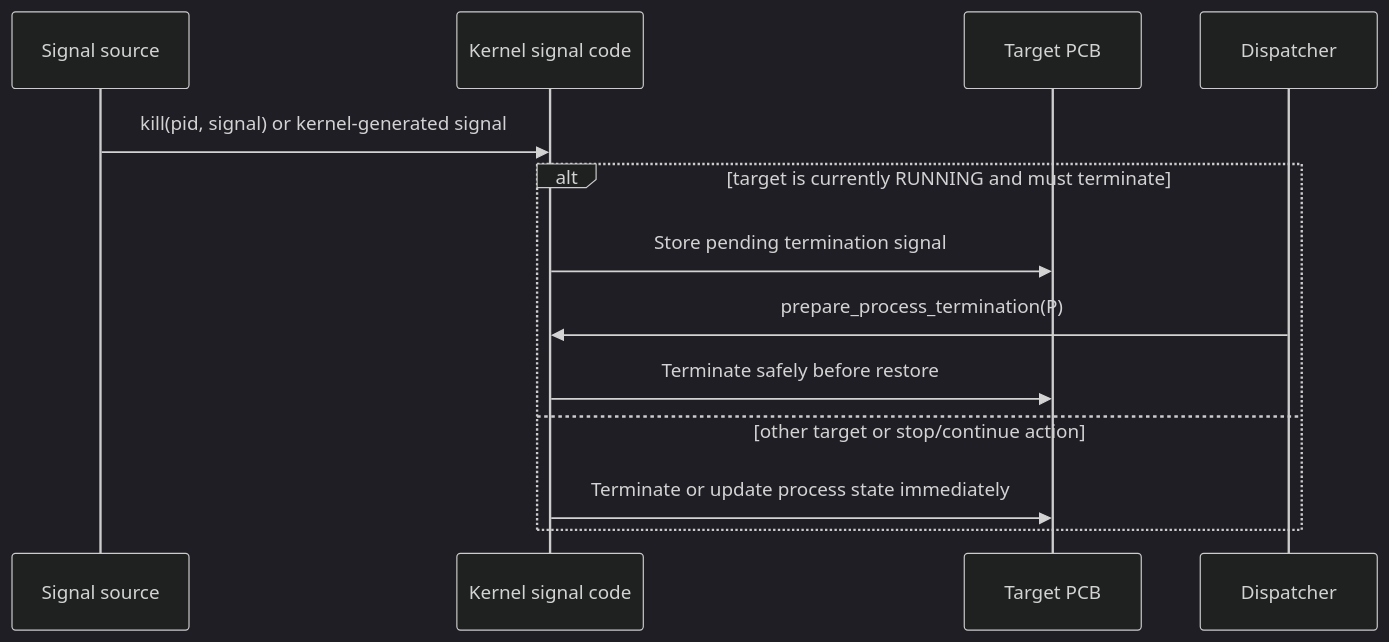
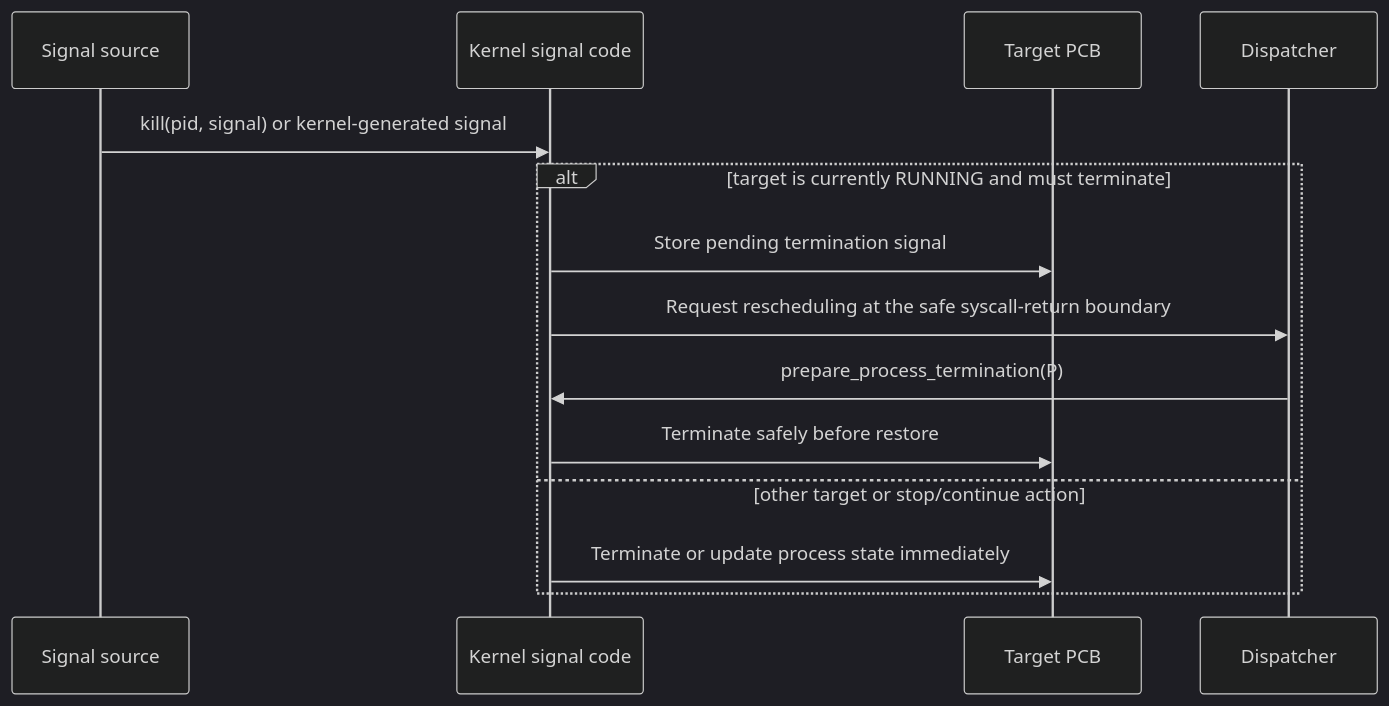
Before and after one commit to matthejue/Pico-OS_Presentation: diagram 17 of 32 in slides.md, drawn with Mermaid (dark theme). The commit also changed other lines of this file, not shown here.

Commit message:
corrected the syscall count, clarified custom section and naked-function __attribute__(()) syntax, and placed the rescheduling step in the signal-termination flow

````diff
--- a/slides.md
+++ b/slides.md
@@ -2180,16 +2180,17 @@
 ```mermaid
 sequenceDiagram
     participant S as Signal source
     participant K as Kernel signal code
     participant P as Target PCB
     participant D as Dispatcher
 
     S->>K: kill(pid, signal) or kernel-generated signal
     alt target is currently RUNNING and must terminate
         K->>P: Store pending termination signal
+        K->>D: Request rescheduling at the safe syscall-return boundary
         D->>K: prepare_process_termination(P)
         K->>P: Terminate safely before restore
     else other target or stop/continue action
         K->>P: Terminate or update process state immediately
     end
 ```
````
